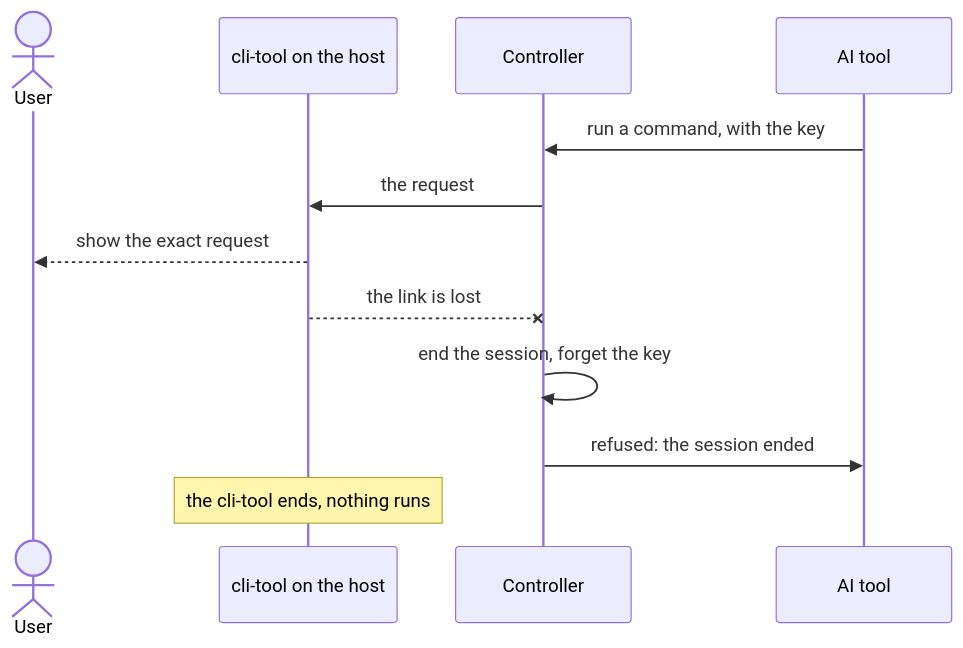
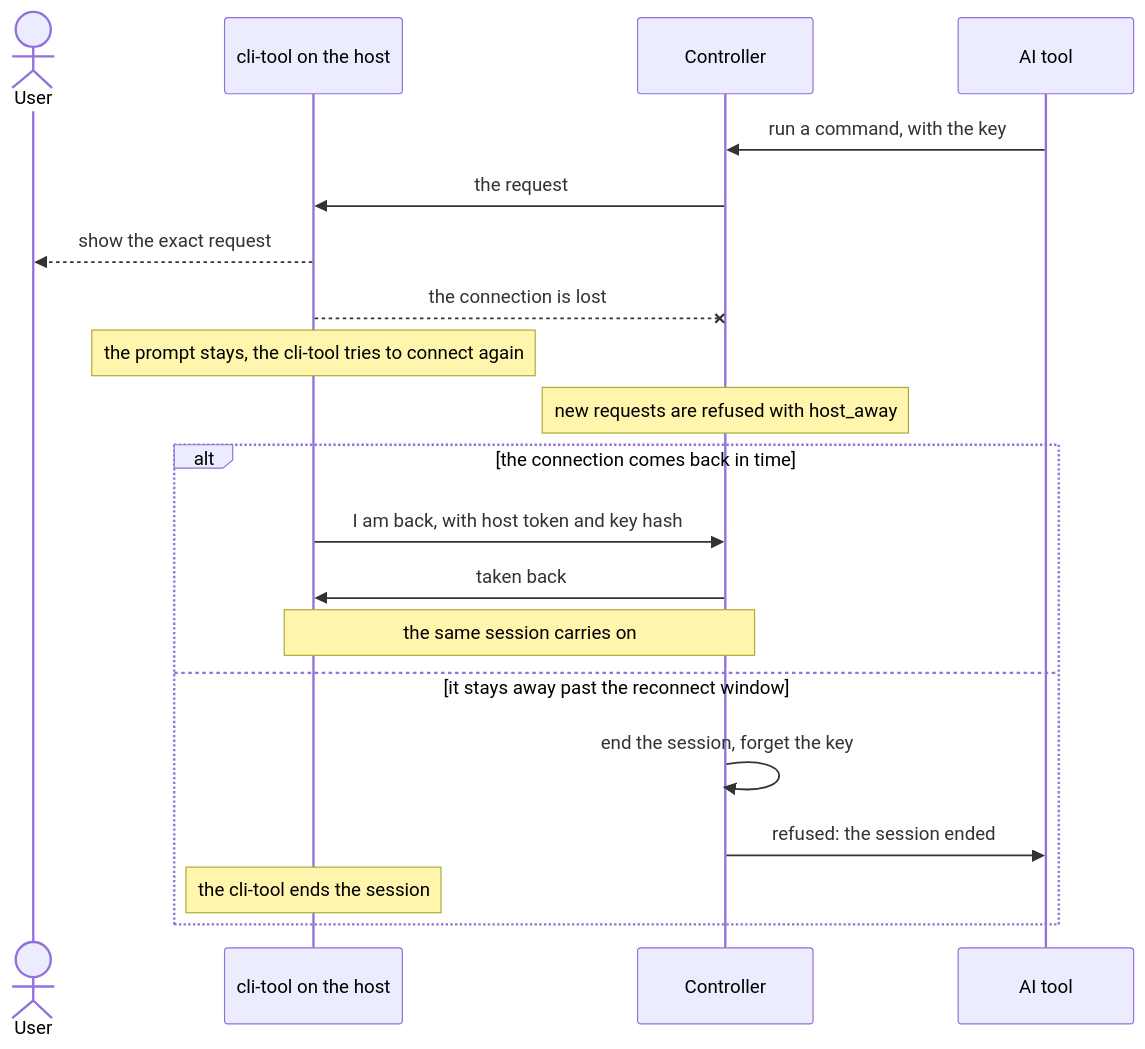
The fifth of 8 diagrams in diagrams.draft.md (kdop/gangway), drawn with Mermaid before and after one commit. The commit also changed other lines of this file and 3 other files, not shown here.

First line of the commit message:
Keep a session through a lost connection, and never end it for being quiet

````diff
--- a/diagrams.draft.md
+++ b/diagrams.draft.md
@@ -150,15 +151,24 @@
 ```mermaid
 sequenceDiagram
   actor K as User
   participant C as cli-tool on the host
   participant S as Controller
   participant A as AI tool
 
   A->>S: run a command, with the key
   S->>C: the request
   C-->>K: show the exact request
-  C--xS: the link is lost
-  S->>S: end the session, forget the key
-  S->>A: refused: the session ended
-  Note over C: the cli-tool ends, nothing runs
+  C--xS: the connection is lost
+  Note over C: the prompt stays, the cli-tool tries to connect again
+  Note over S: new requests are refused with host_away
+
+  alt the connection comes back in time
+    C->>S: I am back, with host token and key hash
+    S->>C: taken back
+    Note over C,S: the same session carries on
+  else it stays away past the reconnect window
+    S->>S: end the session, forget the key
+    S->>A: refused: the session ended
+    Note over C: the cli-tool ends the session
+  end
 ```
````
